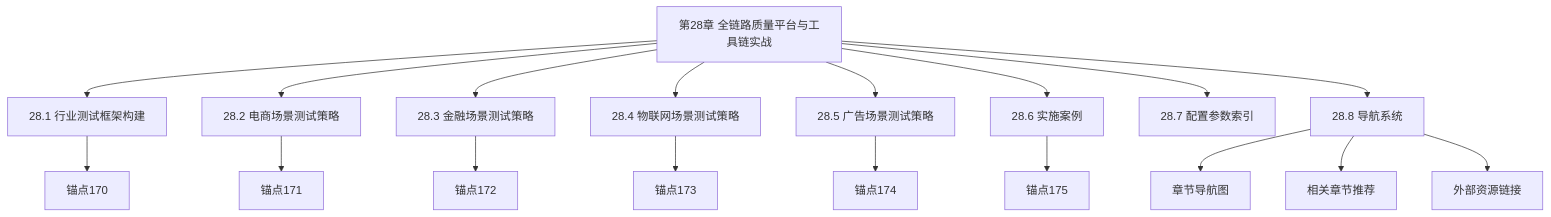
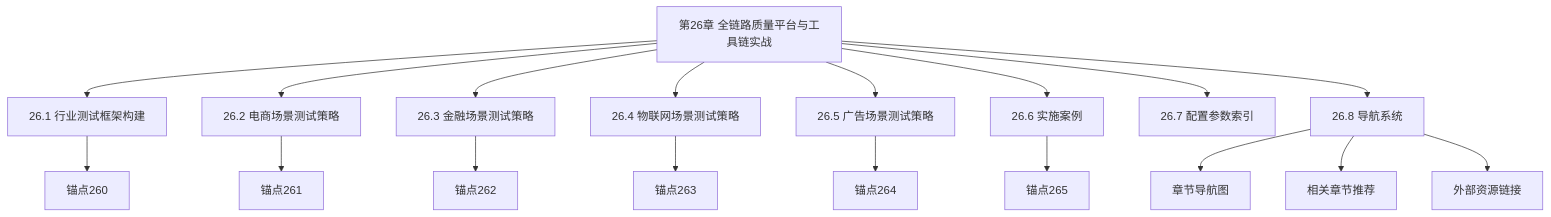
Before and after one commit to Tiger-00700/2025-10M-Testing: the seventh of 7 diagrams in chapter/第6篇-第26章.md, drawn with Mermaid. The commit also changed other lines of this file and 647 other files, not shown here.

````diff
--- a/chapter/第6篇-第26章.md
+++ b/chapter/第6篇-第26章.md
@@ -888,22 +885,22 @@
 ```mermaid
 graph TD
-    A[第28章 全链路质量平台与工具链实战] --> B[28.1 行业测试框架构建]
-    A --> C[28.2 电商场景测试策略]
-    A --> D[28.3 金融场景测试策略]
-    A --> E[28.4 物联网场景测试策略]
-    A --> F[28.5 广告场景测试策略]
-    A --> G[28.6 实施案例]
-    A --> H[28.7 配置参数索引]
-    A --> I[28.8 导航系统]
+    A[第26章 全链路质量平台与工具链实战] --> B[26.1 行业测试框架构建]
+    A --> C[26.2 电商场景测试策略]
+    A --> D[26.3 金融场景测试策略]
+    A --> E[26.4 物联网场景测试策略]
+    A --> F[26.5 广告场景测试策略]
+    A --> G[26.6 实施案例]
+    A --> H[26.7 配置参数索引]
+    A --> I[26.8 导航系统]
 
-    B --> B1[锚点170]
-    C --> C1[锚点171]
-    D --> D1[锚点172]
-    E --> E1[锚点173]
-    F --> F1[锚点174]
-    G --> G1[锚点175]
+    B --> B1[锚点260]
+    C --> C1[锚点261]
+    D --> D1[锚点262]
+    E --> E1[锚点263]
+    F --> F1[锚点264]
+    G --> G1[锚点265]
 
     I --> I1[章节导航图]
     I --> I2[相关章节推荐]
     I --> I3[外部资源链接]
 ```
````
